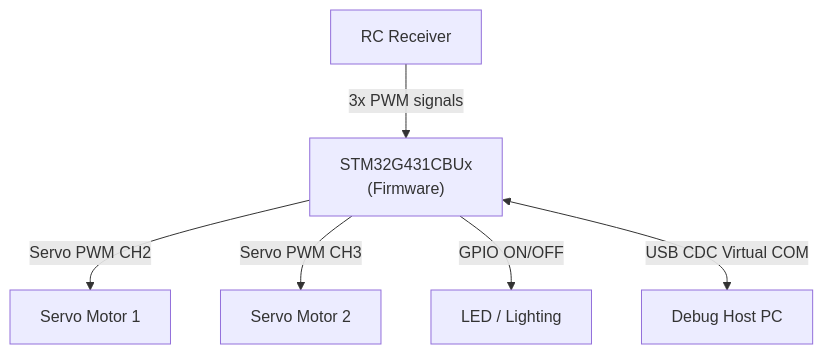
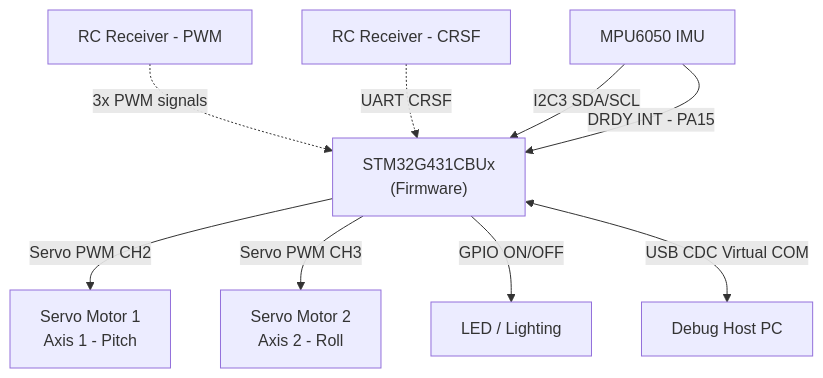
One commit to QT3112/STM32G4_Lighting changed the first of 4 diagrams in docs/firmware_architecture.md. Above: the diagram before and after it, drawn with Mermaid. The commit also changed other lines of this file and 28 other files, not shown here.

````diff
--- a/docs/firmware_architecture.md
+++ b/docs/firmware_architecture.md
@@ -42,8 +43,11 @@
 ```mermaid
 graph TD
-    RC[RC Receiver] -->|3x PWM signals| STM["STM32G431CBUx\n(Firmware)"]
-    STM -->|Servo PWM CH2| S1[Servo Motor 1]
-    STM -->|Servo PWM CH3| S2[Servo Motor 2]
+    RC_PWM[RC Receiver - PWM] -.->|3x PWM signals| STM["STM32G431CBUx\n(Firmware)"]
+    RC_CRSF[RC Receiver - CRSF] -.->|UART CRSF| STM
+    MPU["MPU6050 IMU"] -->|I2C3 SDA/SCL| STM
+    MPU -->|DRDY INT - PA15| STM
+    STM -->|Servo PWM CH2| S1[Servo Motor 1\nAxis 1 - Pitch]
+    STM -->|Servo PWM CH3| S2[Servo Motor 2\nAxis 2 - Roll]
     STM -->|GPIO ON/OFF| LED[LED / Lighting]
     STM <-->|USB CDC Virtual COM| PC[Debug Host PC]
 ```
````
